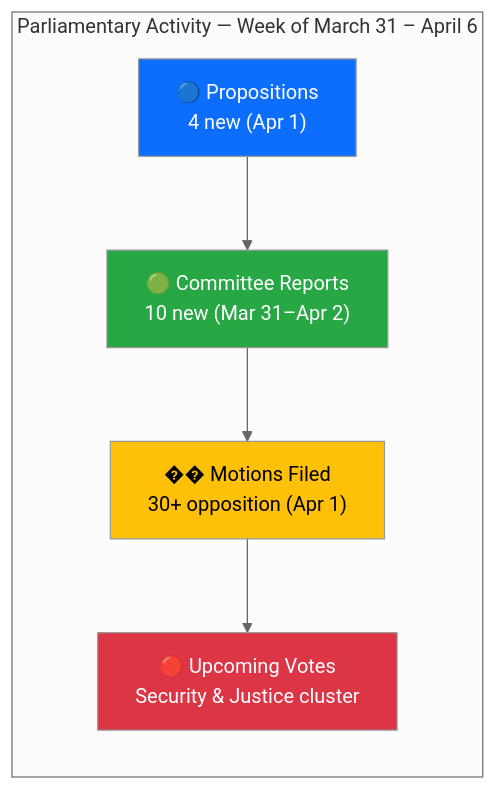
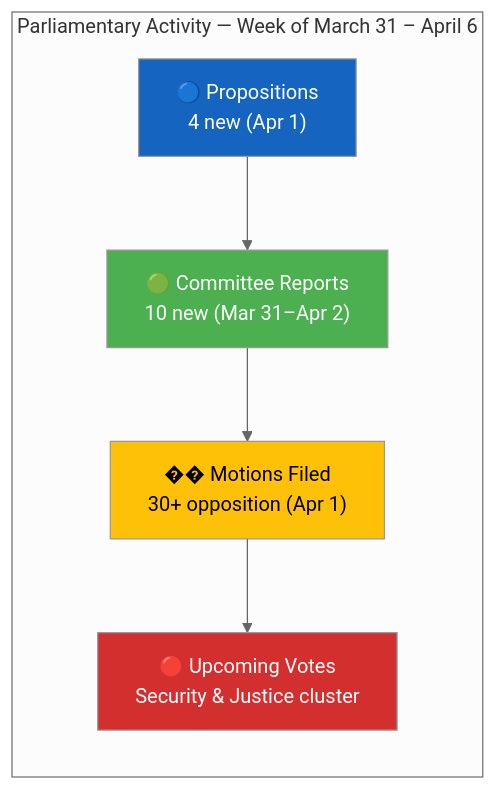
Before and after one commit to Hack23/riksdagsmonitor: the first of 2 diagrams in analysis/daily/2026-04-06/evening-analysis/synthesis-summary.md, drawn with Mermaid (neutral theme). The commit also changed 785 other files, not shown here.

First line of the commit message:
Normalize mermaid colors across 786 analysis artifacts to ISMS Style Guide palette

````diff
--- a/analysis/daily/2026-04-06/evening-analysis/synthesis-summary.md
+++ b/analysis/daily/2026-04-06/evening-analysis/synthesis-summary.md
@@ -14,12 +14,12 @@
 ```mermaid
 graph LR
     subgraph "Parliamentary Activity — Week of March 31 – April 6"
         A["🔵 Propositions<br/>4 new (Apr 1)"] --> B["🟢 Committee Reports<br/>10 new (Mar 31–Apr 2)"]
         B --> C["�� Motions Filed<br/>30+ opposition (Apr 1)"]
         C --> D["🔴 Upcoming Votes<br/>Security & Justice cluster"]
     end
-    style A fill:#0d6efd,color:#fff
-    style B fill:#28a745,color:#fff
-    style C fill:#ffc107,color:#000
-    style D fill:#dc3545,color:#fff
+    style A fill:#1565C0,color:#FFFFFF
+    style B fill:#4CAF50,color:#FFFFFF
+    style C fill:#FFC107,color:#000000
+    style D fill:#D32F2F,color:#FFFFFF
 ```
````
